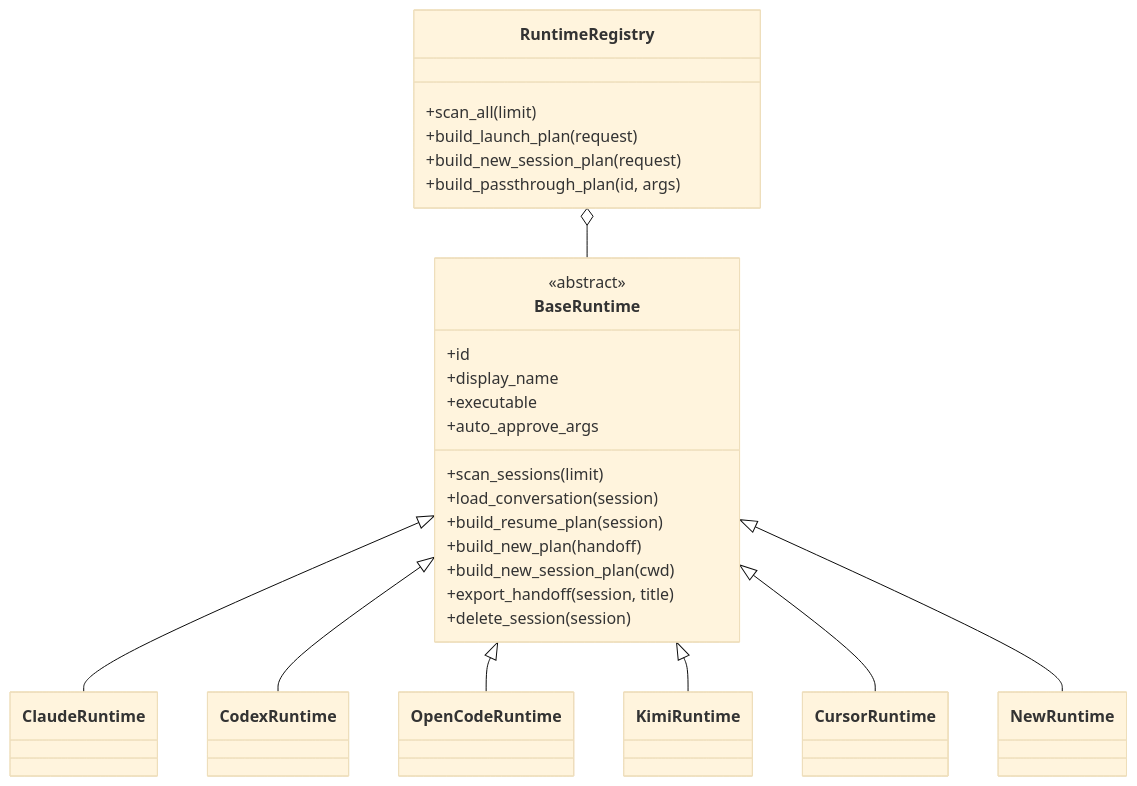
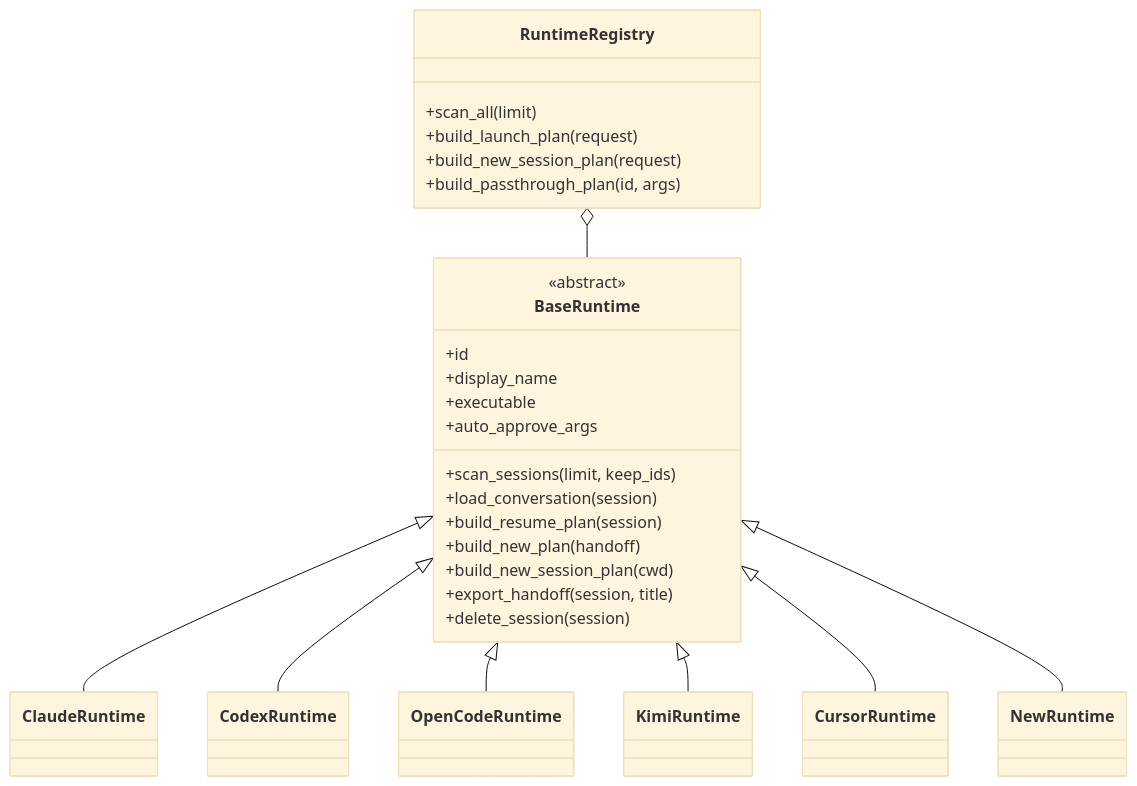
One commit to x0c/corral changed the first of 2 diagrams in docs/NEW_RUNTIME_ONBOARDING_KNOWLEDGE_BASE.md. Above: the diagram before and after it, drawn with Mermaid (base theme). The commit also changed other lines of this file and 26 other files, not shown here.

````diff
--- a/docs/NEW_RUNTIME_ONBOARDING_KNOWLEDGE_BASE.md
+++ b/docs/NEW_RUNTIME_ONBOARDING_KNOWLEDGE_BASE.md
@@ -29,36 +29,36 @@
 ```mermaid
 classDiagram
     class BaseRuntime {
       <<abstract>>
       +id
       +display_name
       +executable
       +auto_approve_args
-      +scan_sessions(limit)
+      +scan_sessions(limit, keep_ids)
       +load_conversation(session)
       +build_resume_plan(session)
       +build_new_plan(handoff)
       +build_new_session_plan(cwd)
       +export_handoff(session, title)
       +delete_session(session)
     }
     class ClaudeRuntime
     class CodexRuntime
     class OpenCodeRuntime
     class KimiRuntime
     class CursorRuntime
     class NewRuntime
     class RuntimeRegistry {
       +scan_all(limit)
       +build_launch_plan(request)
       +build_new_session_plan(request)
       +build_passthrough_plan(id, args)
     }
     BaseRuntime <|-- ClaudeRuntime
     BaseRuntime <|-- CodexRuntime
     BaseRuntime <|-- OpenCodeRuntime
     BaseRuntime <|-- KimiRuntime
     BaseRuntime <|-- CursorRuntime
     BaseRuntime <|-- NewRuntime
     RuntimeRegistry o-- BaseRuntime
 ```
````
